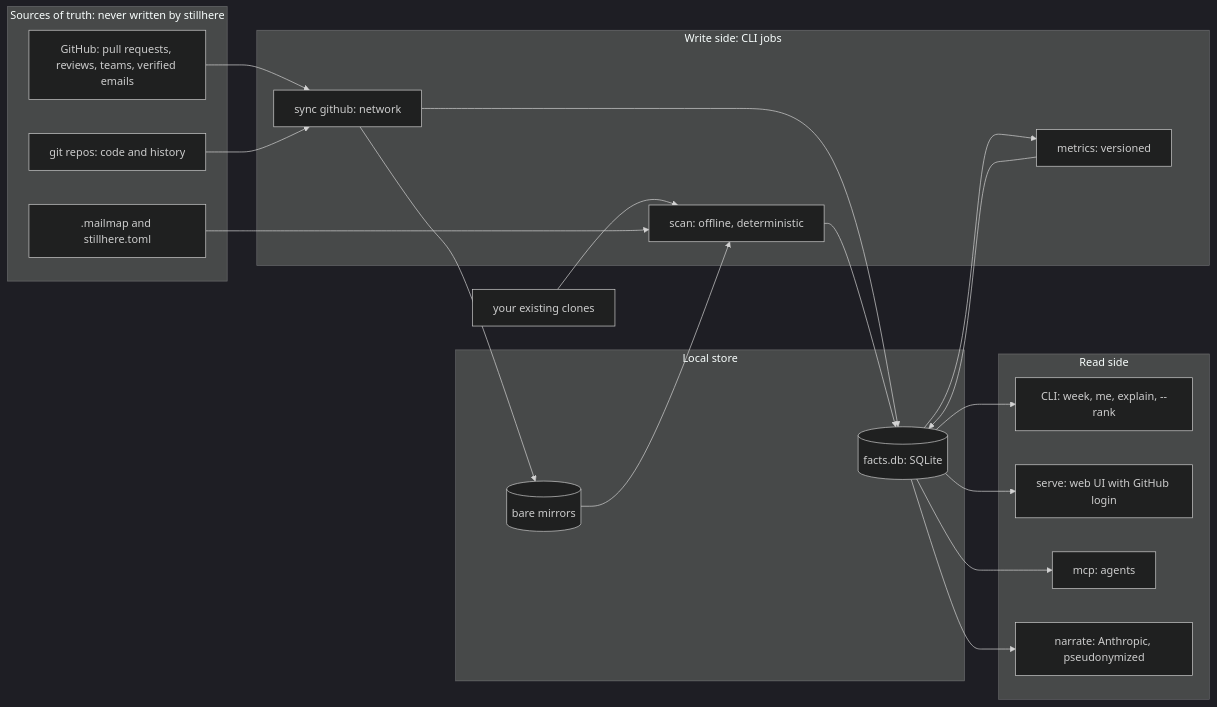
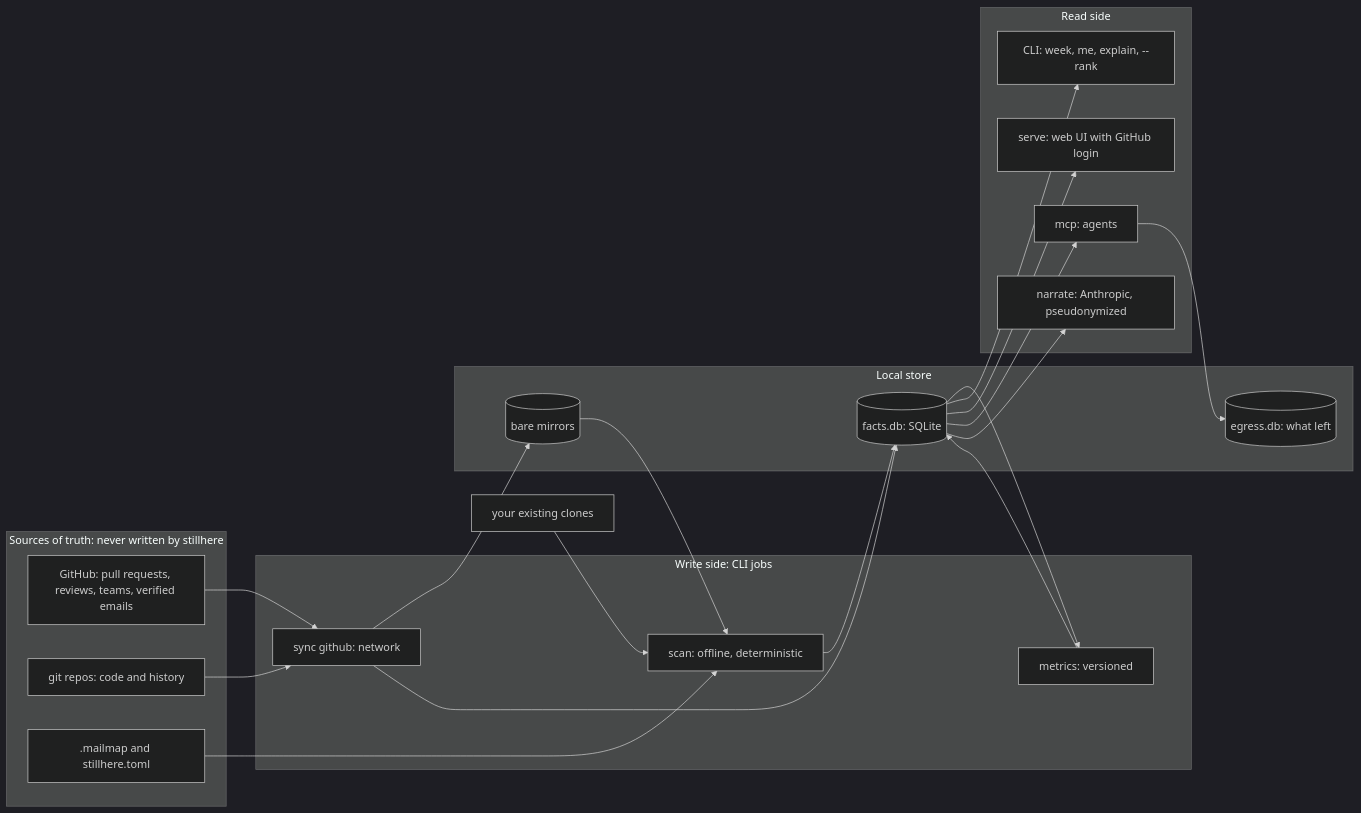
One commit to IHaveASegway/stillhere changed the diagram in docs/architecture.md. Above: the diagram before and after it, drawn with Mermaid (dark theme). The commit also changed other lines of this file and 26 other files, not shown here.

````diff
--- a/docs/architecture.md
+++ b/docs/architecture.md
@@ -11,36 +11,38 @@
 ```mermaid
 flowchart LR
   subgraph sources [Sources of truth: never written by stillhere]
     gh[GitHub: pull requests, reviews, teams, verified emails]
     repos[git repos: code and history]
     cfg[.mailmap and stillhere.toml]
   end
   subgraph write [Write side: CLI jobs]
     sync[sync github: network]
     scan[scan: offline, deterministic]
     metrics[metrics: versioned]
   end
   subgraph store [Local store]
     mirrors[(bare mirrors)]
     facts[(facts.db: SQLite)]
+    egress[(egress.db: what left)]
   end
   subgraph read [Read side]
     cli[CLI: week, me, explain, --rank]
     web[serve: web UI with GitHub login]
     mcp[mcp: agents]
     nar[narrate: Anthropic, pseudonymized]
   end
   gh --> sync
   repos --> sync
   sync --> mirrors
   sync --> facts
   mirrors --> scan
   clones[your existing clones] --> scan
   cfg --> scan
   scan --> facts
   facts --> metrics --> facts
   facts --> cli
   facts --> web
   facts --> mcp
+  mcp --> egress
   facts --> nar
 ```
````
